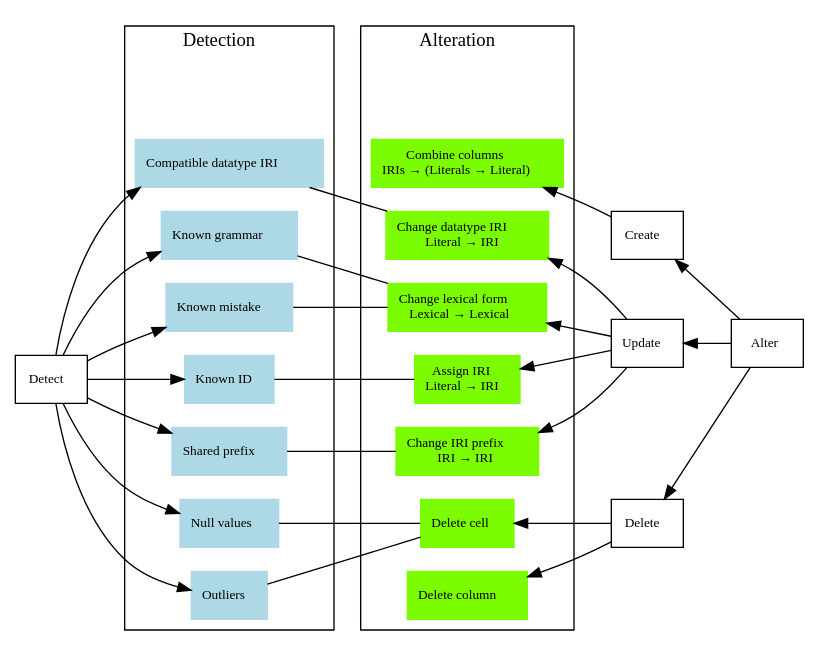
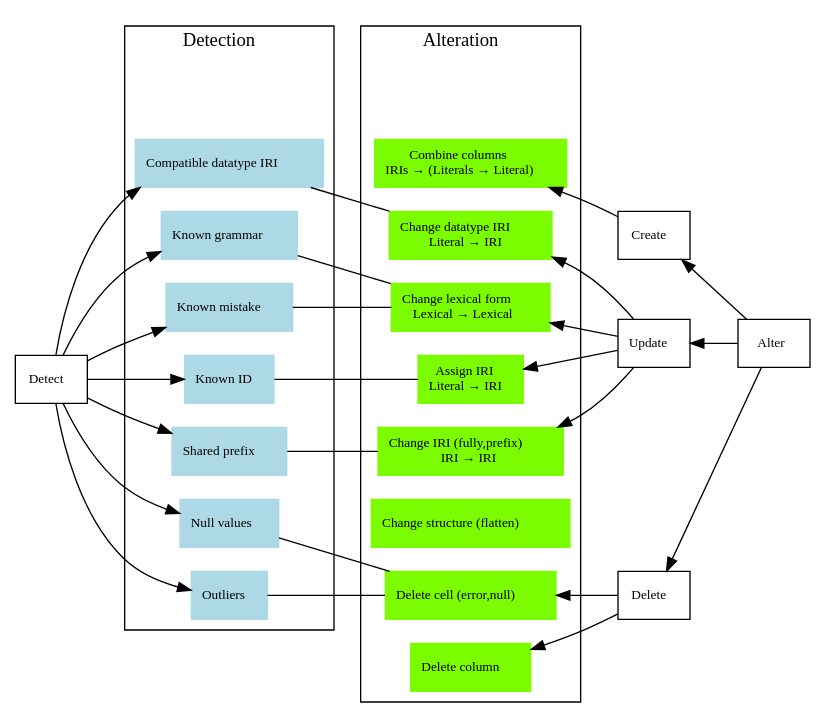
Before and after one commit to wouterbeek/prolog_rdf: the diagram in img/data_trans.dot, drawn with Graphviz. The commit also changed 1 other file, not shown here.

```diff
--- a/img/data_trans.dot
+++ b/img/data_trans.dot
@@ -1,94 +1,95 @@
 digraph data_transformation {
   rankdir=LR;
   node [fontsize=10.0,shape=rect];
 
   {
     rank=same;
     r1 [style=invisible];
     n1 [label=<Detect>];
   }
 
   subgraph cluster0 {
     label=<Detection>;
     rank=same;
     r2 [style=invisible];
     node [color=lightblue,style=filled];
     n11 [label=<Compatible datatype IRI>];
     n12 [label=<Known grammar>];
     n13 [label=<Known mistake>];
     n14 [label=<Known ID>];
     n15 [label=<Shared prefix>];
     n16 [label=<Null values>];
     n17 [label=<Outliers>];
   }
 
   subgraph cluster1 {
     label=<Alteration>;
     rank=same;
     r3 [style=invisible];
     node [color=lawngreen,style=filled];
     n211 [label=<Combine columns<BR/>IRIs → (Literals → Literal)>];
     n221 [label=<Change datatype IRI<BR/>Literal → IRI>];
     n222 [label=<Change lexical form<BR/>Lexical → Lexical>];
     n223 [label=<Assign IRI<BR/>Literal → IRI>];
-    n224 [label=<Change IRI prefix<BR/>IRI → IRI>];
-    n231 [label=<Delete cell>];
+    n224 [label=<Change IRI (fully,prefix)<BR/>IRI → IRI>];
+    n225 [label=<Change structure (flatten)>];
+    n231 [label=<Delete cell (error,null)>];
     n232 [label=<Delete column>];
   }
   
   {
     rank=same;
     r4 [style=invisible];
     n21 [label=<Create>];
     n22 [label=<Update>];
     n23 [label=<Delete>];
   }
 
   {
     rank=same;
     r5 [style=invisible];
     n2 [label=<Alter>];
   }
   
   {
     edge [arrowhead=none,style=invisible];
     r1 -> r2 -> r3 -> r4 -> r5;
   }
 
   {
     edge [dir=forward];
     n1 -> n11;
     n1 -> n12;
     n1 -> n13;
     n1 -> n14;
     n1 -> n15;
     n1 -> n16;
     n1 -> n17;
   }
   
   {
     edge [dir=none];
     n11 -> n221;
     n12 -> n222;
     n13 -> n222;
     n14 -> n223;
     n15 -> n224;
     n16 -> n231;
     n17 -> n231;
   }
 
   {
     edge [dir=back];
     n211 -> n21;
     n221 -> n22;
     n222 -> n22;
     n223 -> n22;
     n224 -> n22;
     n231 -> n23;
     n232 -> n23;
 
     n21 -> n2;
     n22 -> n2;
     n23 -> n2;
   }
 }
```
